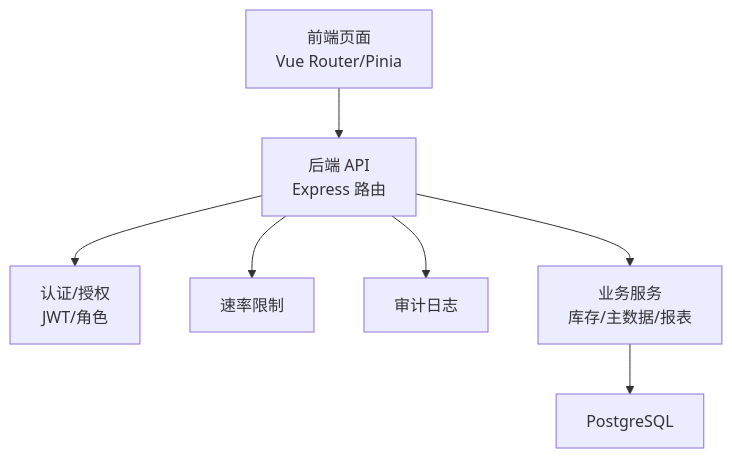
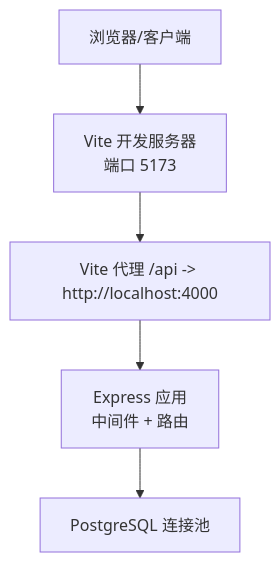
One commit to Juny09/inventory_system changed the second of 10 diagrams in .qoder/repowiki/zh/content/开发指南.md. Above: the diagram before and after it, drawn with Mermaid. The commit also changed other lines of this file and 171 other files, not shown here.

````diff
--- a/.qoder/repowiki/zh/content/开发指南.md
+++ b/.qoder/repowiki/zh/content/开发指南.md
@@ -101,9 +126,11 @@
 ```mermaid
 graph TB
-UI["前端页面<br/>Vue Router/Pinia"] --> API["后端 API<br/>Express 路由"]
-API --> MW_AUTH["认证/授权<br/>JWT/角色"]
-API --> MW_RATE["速率限制"]
-API --> MW_AUDIT["审计日志"]
-API --> SVC["业务服务<br/>库存/主数据/报表"]
-SVC --> DB["PostgreSQL"]
+FE["浏览器/客户端"]
+ViteDev["Vite 开发服务器<br/>端口 5173"]
+Proxy["Vite 代理 /api -> http://localhost:4000"]
+API["Express 应用<br/>中间件 + 路由"]
+DB["PostgreSQL 连接池"]
+FE --> ViteDev
+ViteDev --> Proxy --> API
+API --> DB
 ```
````
